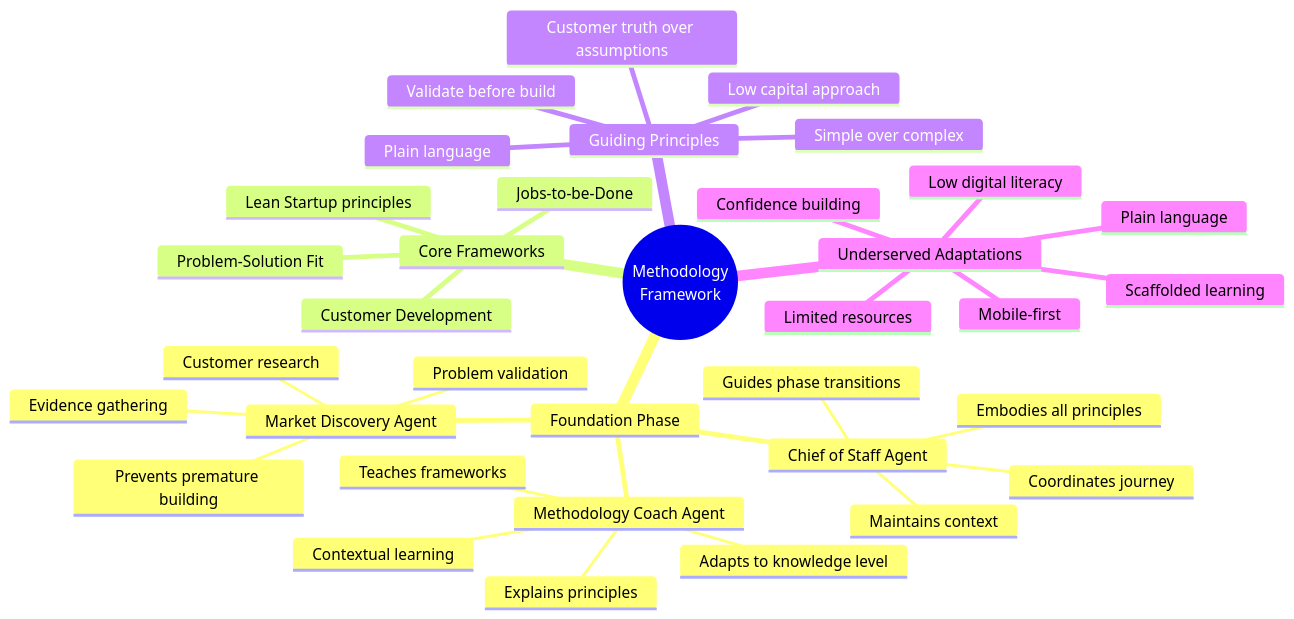
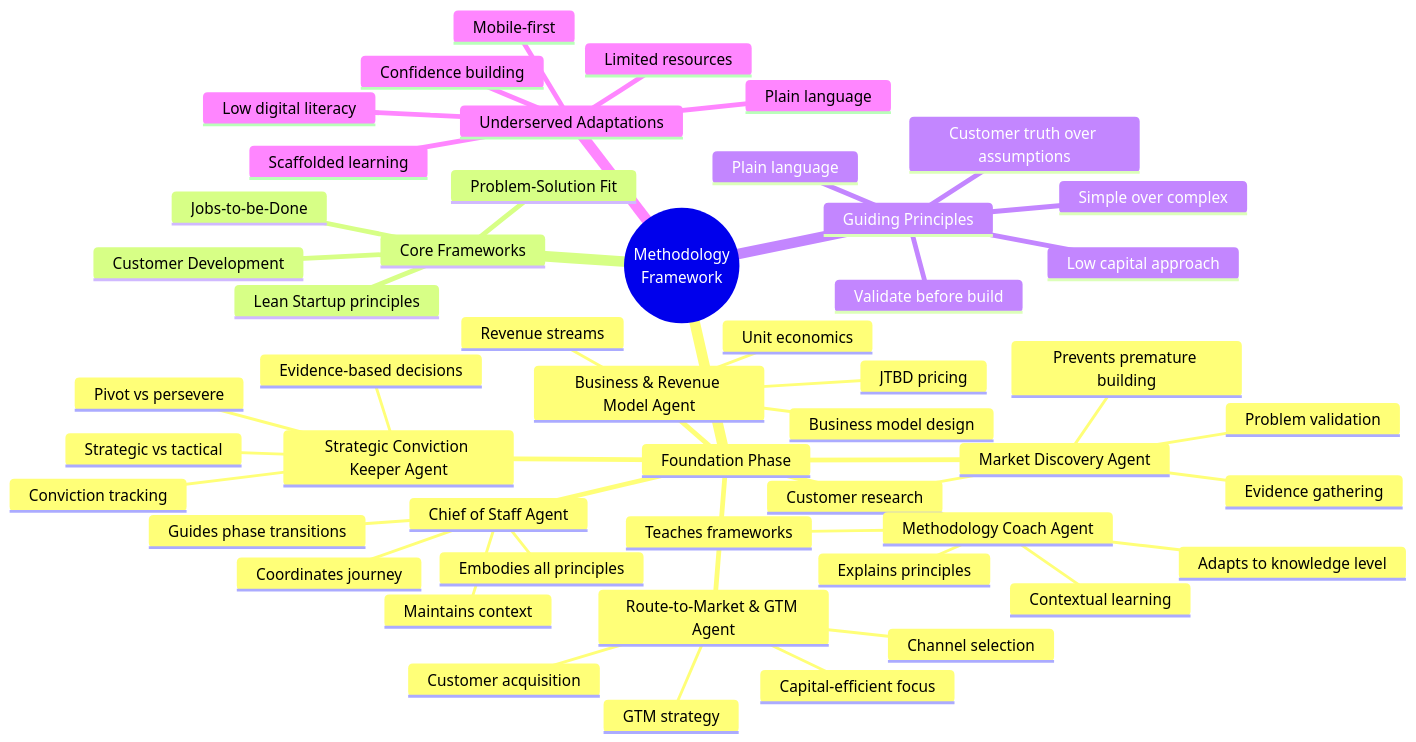
One commit to thedakr/ventre_prod_pi changed the eighth of 10 diagrams in docs/VISUAL-ROADMAP.md. Above: the diagram before and after it, drawn with Mermaid. The commit also changed other lines of this file and 2 other files, not shown here.

First line of the commit message:
Update phase structure to Phase 1-6 with calendar dates and timeline flexibility

````diff
--- a/docs/VISUAL-ROADMAP.md
+++ b/docs/VISUAL-ROADMAP.md
@@ -417,38 +417,53 @@
 ```mermaid
 mindmap
   root((Methodology<br/>Framework))
     Foundation Phase
       Chief of Staff Agent
         Coordinates journey
         Guides phase transitions
         Maintains context
         Embodies all principles
       Market Discovery Agent
         Customer research
         Problem validation
         Evidence gathering
         Prevents premature building
       Methodology Coach Agent
         Teaches frameworks
         Explains principles
         Adapts to knowledge level
         Contextual learning
+      Business & Revenue Model Agent
+        Business model design
+        Unit economics
+        JTBD pricing
+        Revenue streams
+      Route-to-Market & GTM Agent
+        GTM strategy
+        Channel selection
+        Customer acquisition
+        Capital-efficient focus
+      Strategic Conviction Keeper Agent
+        Pivot vs persevere
+        Conviction tracking
+        Strategic vs tactical
+        Evidence-based decisions
     Core Frameworks
       Customer Development
       Problem-Solution Fit
       Lean Startup principles
       Jobs-to-be-Done
     Guiding Principles
       Validate before build
       Customer truth over assumptions
       Simple over complex
       Low capital approach
       Plain language
     Underserved Adaptations
       Low digital literacy
       Limited resources
       Plain language
       Confidence building
       Mobile-first
       Scaffolded learning
 ```
````
